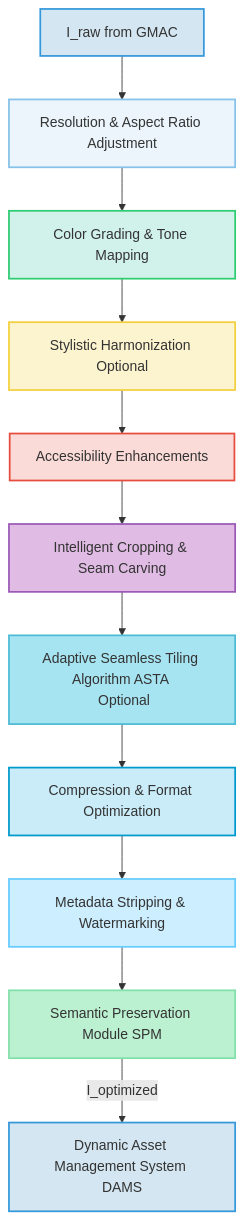
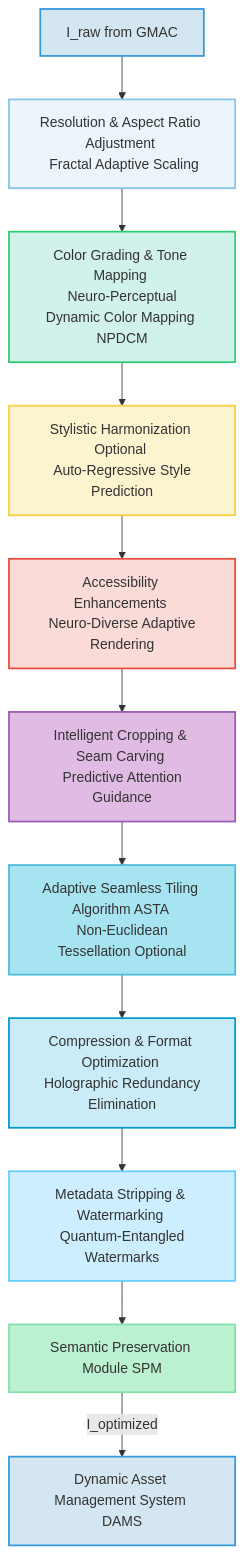
The sixth of 12 diagrams in inventions/001_generative_ui_background.md (diplomat-bit/Citibank_Demo_Business_Inc_Demonstration-), drawn with Mermaid before and after one commit. The commit also changed other lines of this file, not shown here.

````diff
--- a/inventions/001_generative_ui_background.md
+++ b/inventions/001_generative_ui_background.md
@@ -261,25 +280,25 @@
 ```mermaid
 graph TD
-    A[I_raw from GMAC] --> B[Resolution & Aspect Ratio Adjustment];
-    B --> C[Color Grading & Tone Mapping];
-    C --> D[Stylistic Harmonization Optional];
-    D --> E[Accessibility Enhancements];
-    E --> F[Intelligent Cropping & Seam Carving];
-    F --> G[Adaptive Seamless Tiling Algorithm ASTA <br> Optional];
-    G --> H[Compression & Format Optimization];
-    H --> I[Metadata Stripping & Watermarking];
+    A[I_raw from GMAC] --> B[Resolution & Aspect Ratio Adjustment <br> Fractal Adaptive Scaling];
+    B --> C[Color Grading & Tone Mapping <br> Neuro-Perceptual Dynamic Color Mapping NPDCM];
+    C --> D[Stylistic Harmonization Optional <br> Auto-Regressive Style Prediction];
+    D --> E[Accessibility Enhancements <br> Neuro-Diverse Adaptive Rendering];
+    E --> F[Intelligent Cropping & Seam Carving <br> Predictive Attention Guidance];
+    F --> G[Adaptive Seamless Tiling Algorithm ASTA <br> Non-Euclidean Tessellation Optional];
+    G --> H[Compression & Format Optimization <br> Holographic Redundancy Elimination];
+    H --> I[Metadata Stripping & Watermarking <br> Quantum-Entangled Watermarks];
     I --> J[Semantic Preservation Module SPM];
     J -- I_optimized --> K[Dynamic Asset Management System DAMS];
 
     style A fill:#D4E6F1,stroke:#3498DB,stroke-width:2px;
     style B fill:#EBF5FB,stroke:#85C1E9,stroke-width:2px;
     style C fill:#D1F2EB,stroke:#2ECC71,stroke-width:2px;
     style D fill:#FCF3CF,stroke:#F4D03F,stroke-width:2px;
     style E fill:#FADBD8,stroke:#E74C3C,stroke-width:2px;
     style F fill:#E0BBE4,stroke:#9B59B6,stroke-width:2px;
     style G fill:#A7E4F2,stroke:#4DBBD5,stroke-width:2px;
     style H fill:#C9ECF8,stroke:#0099CC,stroke-width:2px;
     style I fill:#CCEEFF,stroke:#66CCFF,stroke-width:2px;
     style J fill:#BBF0D0,stroke:#82E0AA,stroke-width:2px;
     style K fill:#D4E6F1,stroke:#3498DB,stroke-width:2px;
 ```
````
